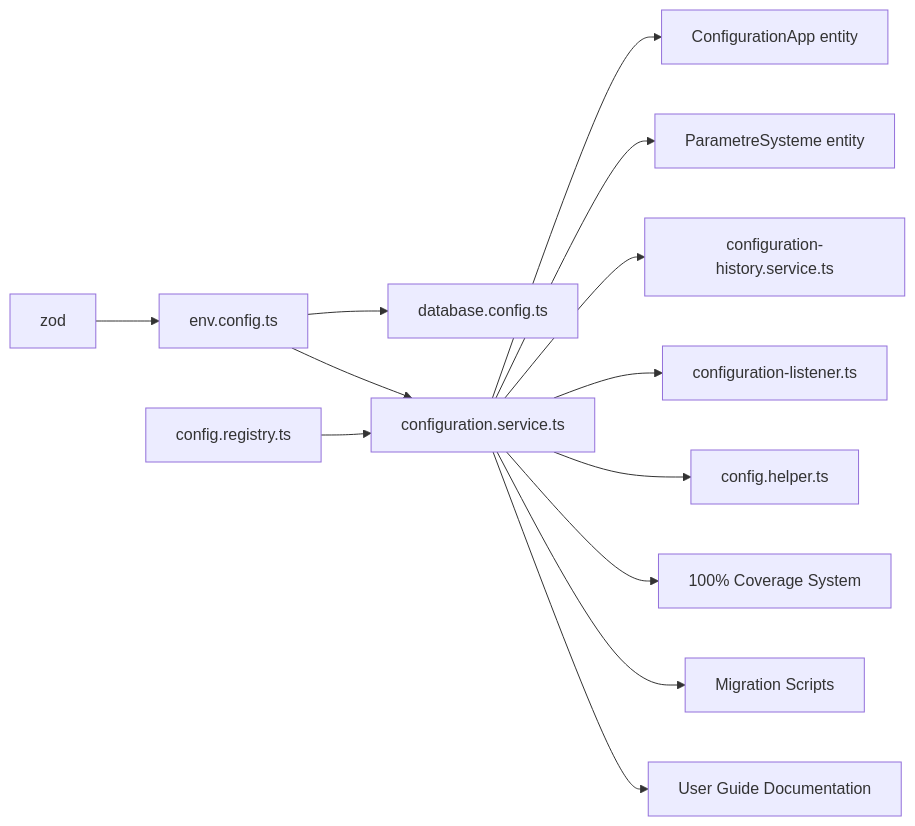
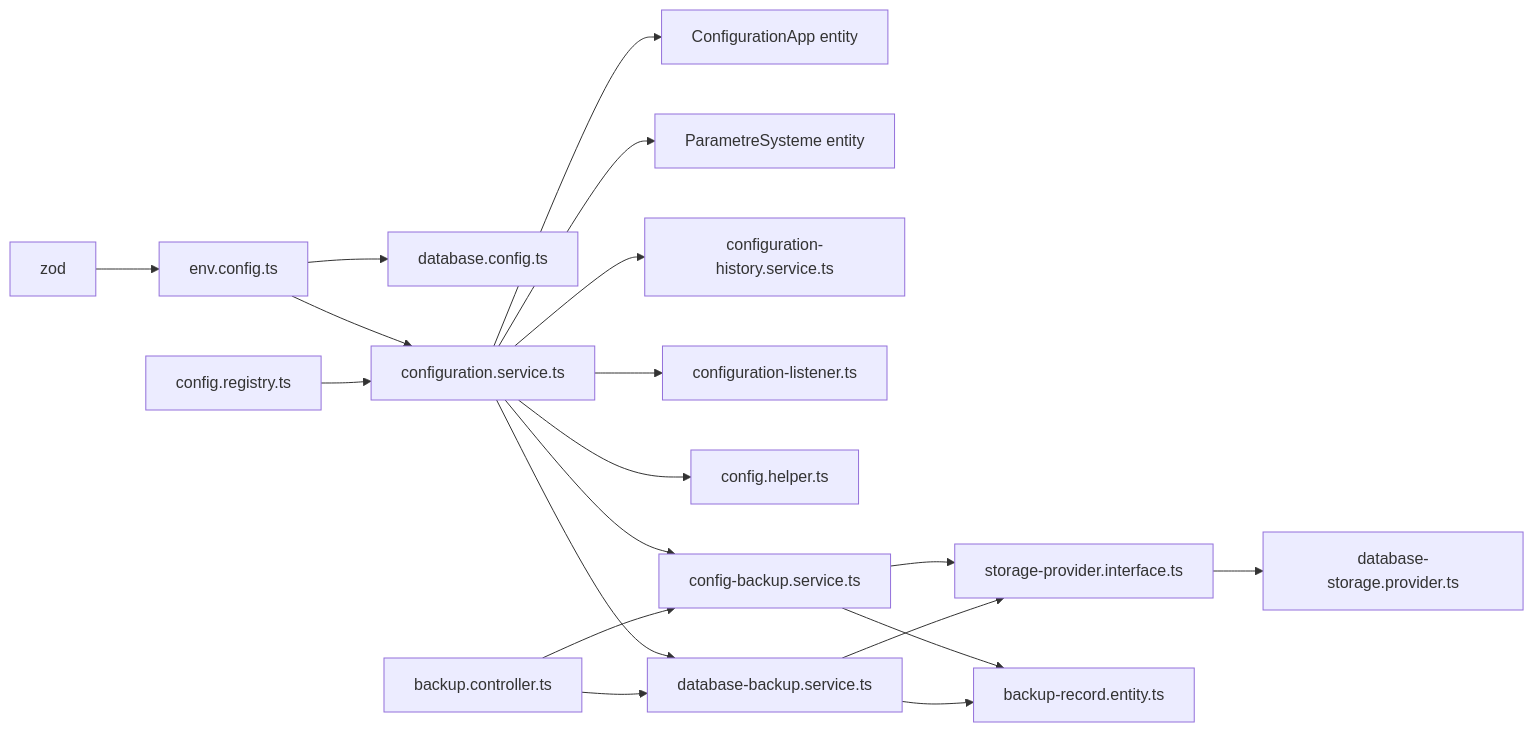
Diagram 15 of 16 in .qoder/repowiki/en/content/Configuration & Environment Management.md (franckylab/eLISAschool), drawn with Mermaid before and after one commit. The commit also changed other lines of this file and 254 other files, not shown here.

````diff
--- a/.qoder/repowiki/en/content/Configuration & Environment Management.md
+++ b/.qoder/repowiki/en/content/Configuration & Environment Management.md
@@ -550,15 +830,21 @@
 ```mermaid
 graph LR
 ZOD["zod"] --> ENV["env.config.ts"]
 ENV --> DBCFG["database.config.ts"]
 ENV --> CSVC["configuration.service.ts"]
 REG["config.registry.ts"] --> CSVC
 CSVC --> ENT_APP["ConfigurationApp entity"]
 CSVC --> ENT_PARAM["ParametreSysteme entity"]
 CSVC --> HIS["configuration-history.service.ts"]
 CSVC --> LSN["configuration-listener.ts"]
 CSVC --> HELPER["config.helper.ts"]
-CSVC --> COV["100% Coverage System"]
-CSVC --> MIG["Migration Scripts"]
-CSVC --> DOC["User Guide Documentation"]
+CSVC --> CBS["config-backup.service.ts"]
+CSVC --> DBBS["database-backup.service.ts"]
+CBS --> SPI["storage-provider.interface.ts"]
+DBBS --> SPI
+SPI --> DSP["database-storage.provider.ts"]
+CBS --> BRE["backup-record.entity.ts"]
+DBBS --> BRE
+BC["backup.controller.ts"] --> CBS
+BC --> DBBS
 ```
````
